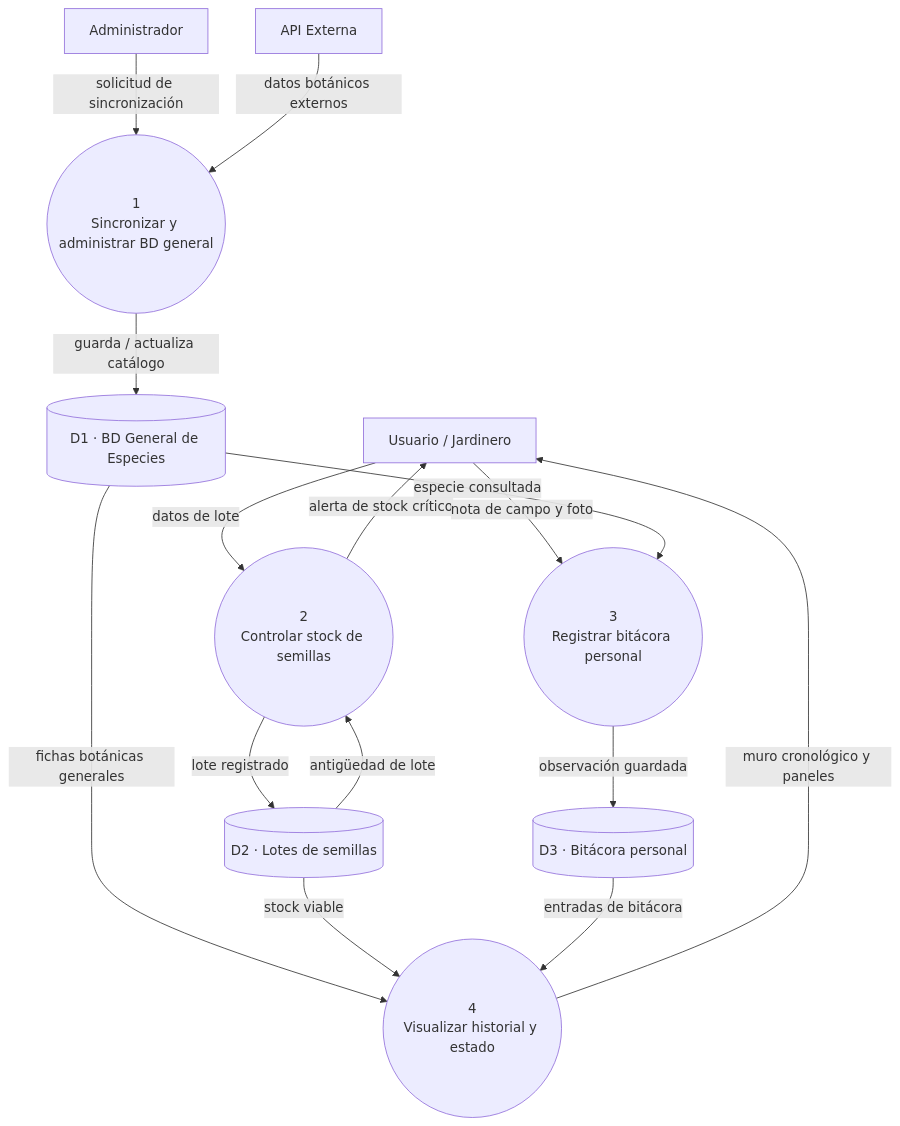
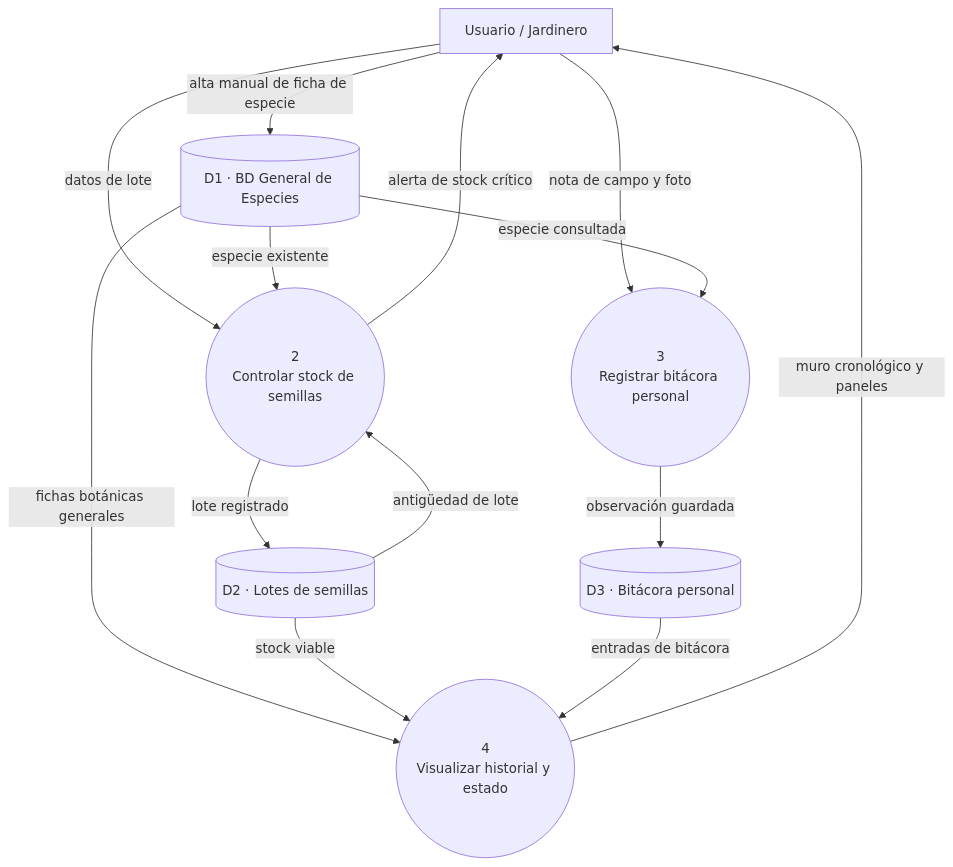
One commit to Camila20197/Asistente-Jardiner-a-Inegenieria-Software-2026 changed the second of 3 diagrams in docs/requirements/srs.md. Above: the diagram before and after it, drawn with Mermaid. The commit also changed other lines of this file, not shown here.

Commit message:
docs: modificacion de DFD nivel 0 y nivel 1: eliminacion del rol administrador

````diff
--- a/docs/requirements/srs.md
+++ b/docs/requirements/srs.md
@@ -100,40 +99,36 @@
 ```mermaid
 flowchart TD
     %% Entidades Externas
     U[Usuario / Jardinero]
-    ADM[Administrador]
-    API[API Externa]
 
     %% Procesos Internos
-    P1((1<br/>Sincronizar y administrar BD general))
     P2((2<br/>Controlar stock de semillas))
     P3((3<br/>Registrar bitácora personal))
     P4((4<br/>Visualizar historial y estado))
 
     %% Almacenes de Datos
     D1[(D1 · BD General de Especies)]
     D2[(D2 · Lotes de semillas)]
     D3[(D3 · Bitácora personal)]
 
-    %% Flujos Proceso 1: Administración BD General
-    ADM -->|solicitud de sincronización| P1
-    API -->|datos botánicos externos| P1
-    P1 -->|guarda / actualiza catálogo| D1
+    %% Alta manual de especie (no hay sincronización en TP1)
+    U -->|alta manual de ficha de especie| D1
 
     %% Flujos Proceso 2: Control de Semillas
     U -->|datos de lote| P2
     P2 -->|lote registrado| D2
     D2 -->|antigüedad de lote| P2
+    D1 -->|especie existente| P2
     P2 -->|alerta de stock crítico| U
 
     %% Flujos Proceso 3: Bitácora Personal
     U -->|nota de campo y foto| P3
     D1 -->|especie consultada| P3
     P3 -->|observación guardada| D3
 
     %% Flujos Proceso 4: Visualización
     D1 -->|fichas botánicas generales| P4
     D2 -->|stock viable| P4
     D3 -->|entradas de bitácora| P4
     P4 -->|muro cronológico y paneles| U
 ```
````
